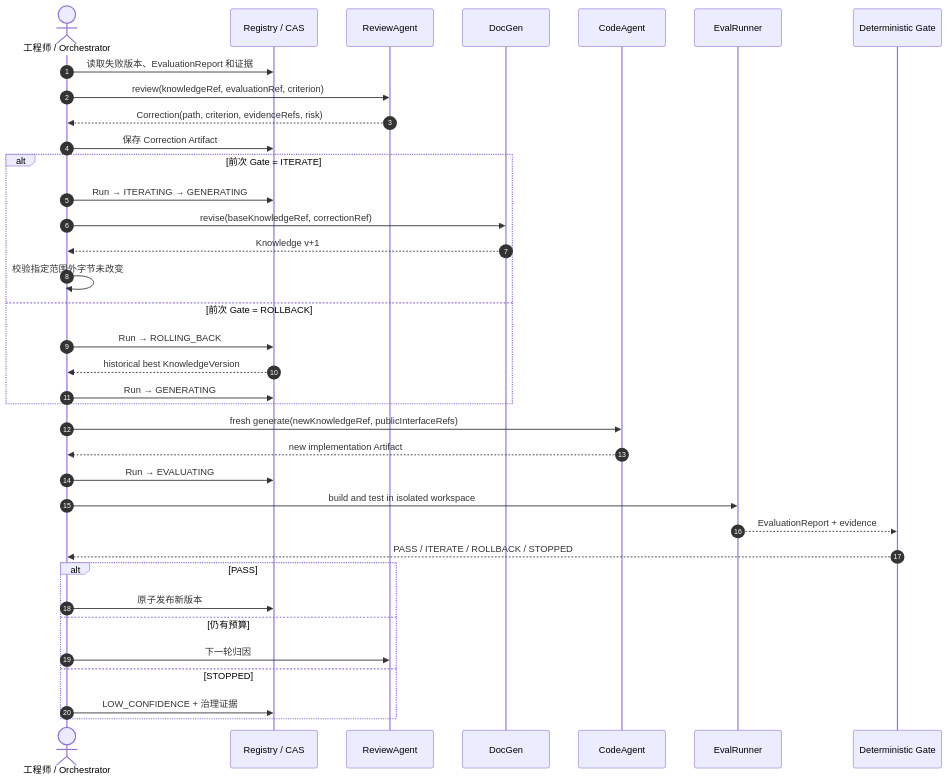
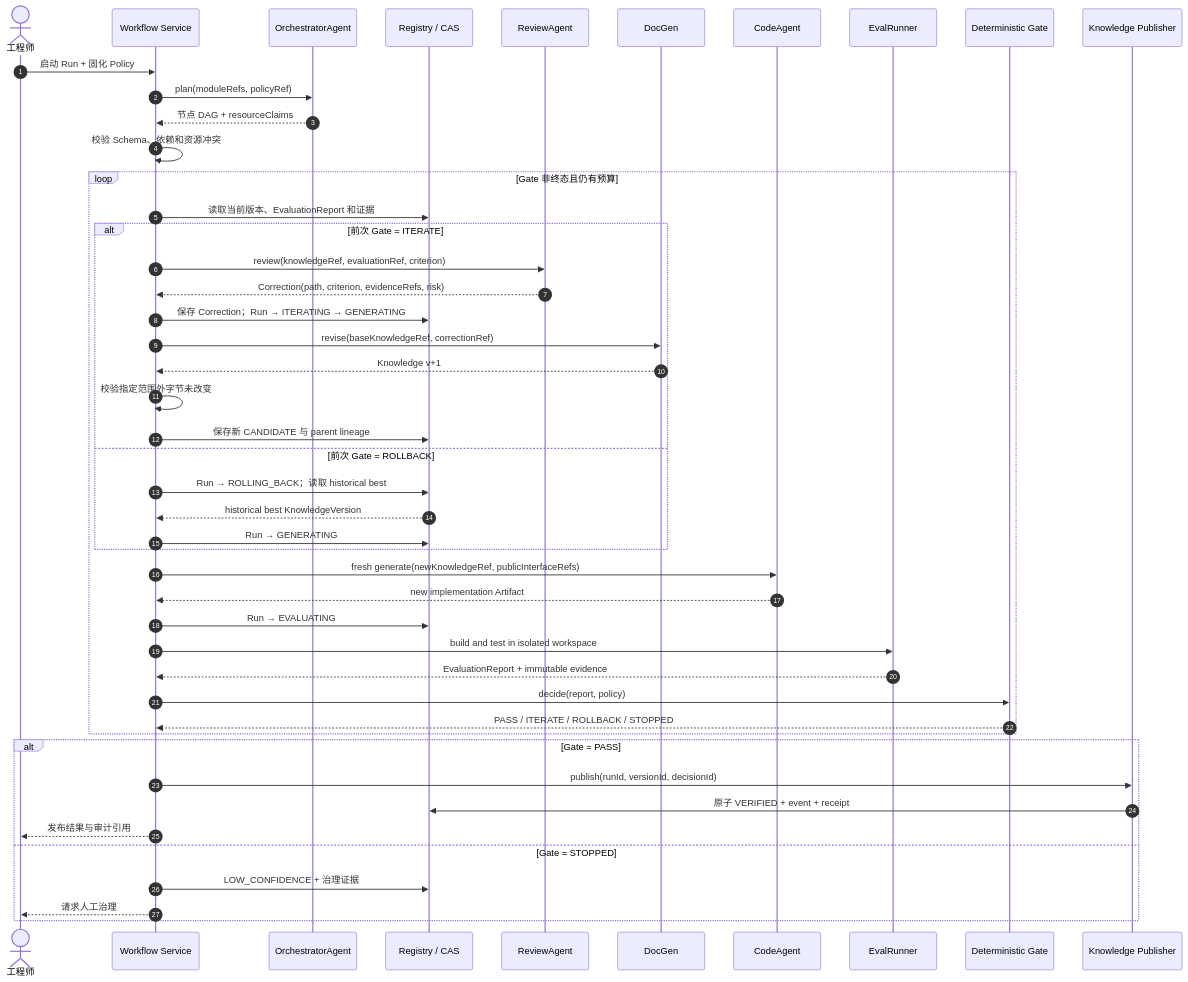
Before and after one commit to linlisWorkTeam/wpKnowledge: the third of 5 diagrams in endlessWpKnowledgeRunner/specs/05-workflows/user-use-cases.md, drawn with Mermaid. The commit also changed other lines of this file, not shown here.

Commit message:
docs(spec): clarify automated iteration ownership

````diff
--- a/endlessWpKnowledgeRunner/specs/05-workflows/user-use-cases.md
+++ b/endlessWpKnowledgeRunner/specs/05-workflows/user-use-cases.md
@@ -159,42 +163,53 @@
 ```mermaid
 sequenceDiagram
     autonumber
-    actor Engineer as 工程师 / Orchestrator
+    actor Engineer as 工程师
+    participant Workflow as Workflow Service
+    participant Orchestrator as OrchestratorAgent
     participant Registry as Registry / CAS
     participant Review as ReviewAgent
     participant Doc as DocGen
     participant Code as CodeAgent
     participant Eval as EvalRunner
     participant Gate as Deterministic Gate
+    participant Publisher as Knowledge Publisher
 
-    Engineer->>Registry: 读取失败版本、EvaluationReport 和证据
-    Engineer->>Review: review(knowledgeRef, evaluationRef, criterion)
-    Review-->>Engineer: Correction(path, criterion, evidenceRefs, risk)
-    Engineer->>Registry: 保存 Correction Artifact
+    Engineer->>Workflow: 启动 Run + 固化 Policy
+    Workflow->>Orchestrator: plan(moduleRefs, policyRef)
+    Orchestrator-->>Workflow: 节点 DAG + resourceClaims
+    Workflow->>Workflow: 校验 Schema、依赖和资源冲突
 
-    alt 前次 Gate = ITERATE
-        Engineer->>Registry: Run → ITERATING → GENERATING
-        Engineer->>Doc: revise(baseKnowledgeRef, correctionRef)
-        Doc-->>Engineer: Knowledge v+1
-        Engineer->>Engineer: 校验指定范围外字节未改变
-    else 前次 Gate = ROLLBACK
-        Engineer->>Registry: Run → ROLLING_BACK
-        Registry-->>Engineer: historical best KnowledgeVersion
-        Engineer->>Registry: Run → GENERATING
+    loop Gate 非终态且仍有预算
+        Workflow->>Registry: 读取当前版本、EvaluationReport 和证据
+        alt 前次 Gate = ITERATE
+            Workflow->>Review: review(knowledgeRef, evaluationRef, criterion)
+            Review-->>Workflow: Correction(path, criterion, evidenceRefs, risk)
+            Workflow->>Registry: 保存 Correction；Run → ITERATING → GENERATING
+            Workflow->>Doc: revise(baseKnowledgeRef, correctionRef)
+            Doc-->>Workflow: Knowledge v+1
+            Workflow->>Workflow: 校验指定范围外字节未改变
+            Workflow->>Registry: 保存新 CANDIDATE 与 parent lineage
+        else 前次 Gate = ROLLBACK
+            Workflow->>Registry: Run → ROLLING_BACK；读取 historical best
+            Registry-->>Workflow: historical best KnowledgeVersion
+            Workflow->>Registry: Run → GENERATING
+        end
+
+        Workflow->>Code: fresh generate(newKnowledgeRef, publicInterfaceRefs)
+        Code-->>Workflow: new implementation Artifact
+        Workflow->>Registry: Run → EVALUATING
+        Workflow->>Eval: build and test in isolated workspace
+        Eval-->>Workflow: EvaluationReport + immutable evidence
+        Workflow->>Gate: decide(report, policy)
+        Gate-->>Workflow: PASS / ITERATE / ROLLBACK / STOPPED
     end
 
-    Engineer->>Code: fresh generate(newKnowledgeRef, publicInterfaceRefs)
-    Code-->>Engineer: new implementation Artifact
-    Engineer->>Registry: Run → EVALUATING
-    Engineer->>Eval: build and test in isolated workspace
-    Eval-->>Gate: EvaluationReport + evidence
-    Gate-->>Engineer: PASS / ITERATE / ROLLBACK / STOPPED
-
-    alt PASS
-        Engineer->>Registry: 原子发布新版本
-    else 仍有预算
-        Engineer->>Review: 下一轮归因
-    else STOPPED
-        Engineer->>Registry: LOW_CONFIDENCE + 治理证据
+    alt Gate = PASS
+        Workflow->>Publisher: publish(runId, versionId, decisionId)
+        Publisher->>Registry: 原子 VERIFIED + event + receipt
+        Workflow-->>Engineer: 发布结果与审计引用
+    else Gate = STOPPED
+        Workflow->>Registry: LOW_CONFIDENCE + 治理证据
+        Workflow-->>Engineer: 请求人工治理
     end
 ```
````
